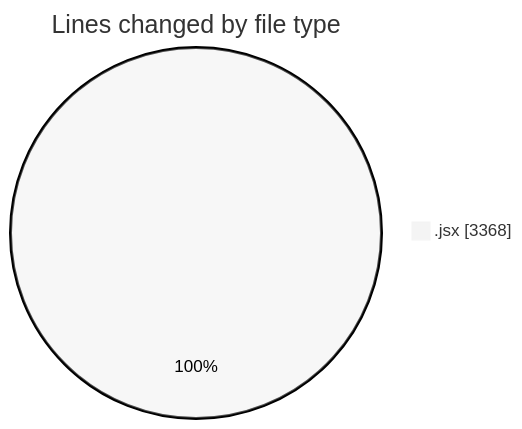
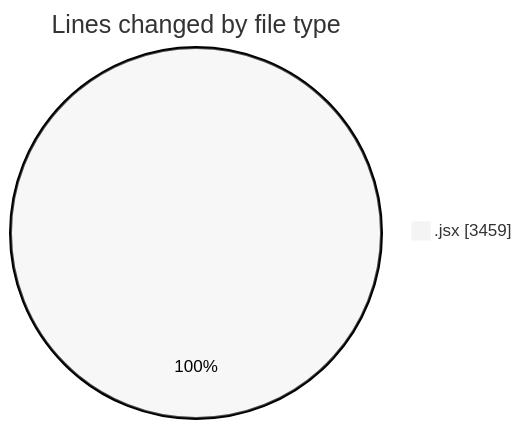
Before and after one commit to nxtqubesakshisongat/code-tracking: the first of 2 diagrams in 2025-07-04/argos/README.md, drawn with Mermaid (neutral theme). The commit also changed other lines of this file and 1 other file, not shown here.

````diff
--- a/2025-07-04/argos/README.md
+++ b/2025-07-04/argos/README.md
@@ -22,5 +22,5 @@
 ```mermaid
 pie showData
 title Lines changed by file type
-".jsx" : 3368
+".jsx" : 3459
 ```
````
